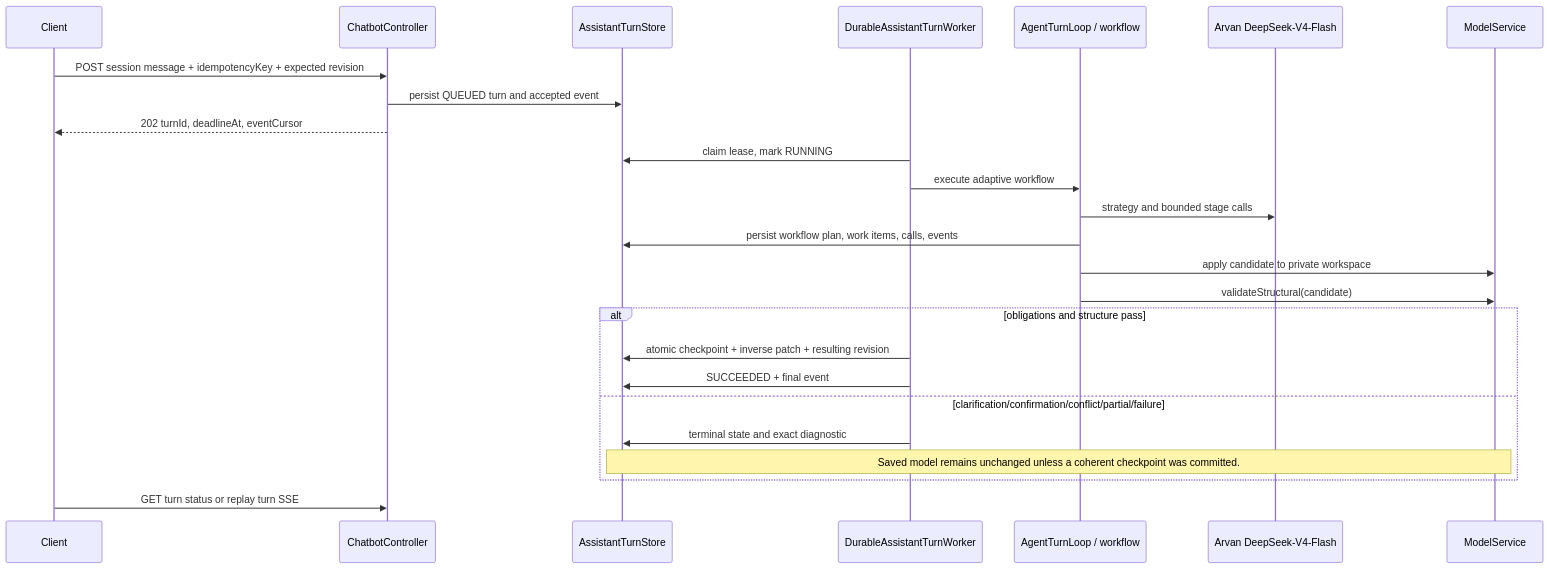
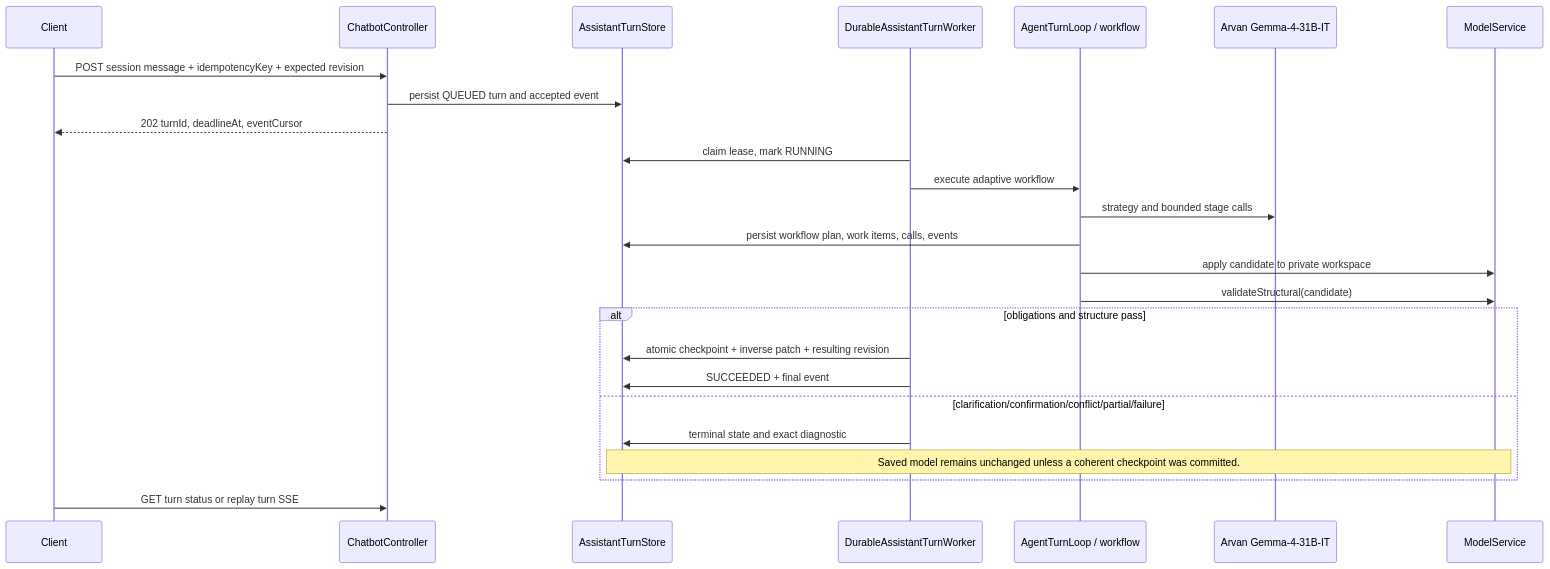
One commit to mehdieidi/modriss changed the first of 2 diagrams in docs/diagrams/15-ai-assistant-turn-and-proposal.md. Above: the diagram before and after it, drawn with Mermaid. The commit also changed 34 other files, not shown here.

````diff
--- a/docs/diagrams/15-ai-assistant-turn-and-proposal.md
+++ b/docs/diagrams/15-ai-assistant-turn-and-proposal.md
@@ -5,28 +5,28 @@
 ```mermaid
 sequenceDiagram
     participant C as Client
     participant A as ChatbotController
     participant T as AssistantTurnStore
     participant W as DurableAssistantTurnWorker
     participant L as AgentTurnLoop / workflow
-    participant P as Arvan DeepSeek-V4-Flash
+    participant P as Arvan Gemma-4-31B-IT
     participant M as ModelService
 
     C->>A: POST session message + idempotencyKey + expected revision
     A->>T: persist QUEUED turn and accepted event
     A-->>C: 202 turnId, deadlineAt, eventCursor
     W->>T: claim lease, mark RUNNING
     W->>L: execute adaptive workflow
     L->>P: strategy and bounded stage calls
     L->>T: persist workflow plan, work items, calls, events
     L->>M: apply candidate to private workspace
     L->>M: validateStructural(candidate)
     alt obligations and structure pass
         W->>T: atomic checkpoint + inverse patch + resulting revision
         W->>T: SUCCEEDED + final event
     else clarification/confirmation/conflict/partial/failure
         W->>T: terminal state and exact diagnostic
         Note over T,M: Saved model remains unchanged unless a coherent checkpoint was committed.
     end
     C->>A: GET turn status or replay turn SSE
 ```
````
